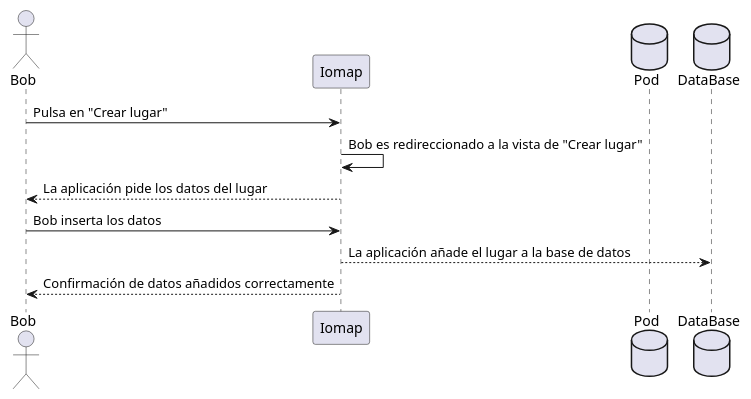
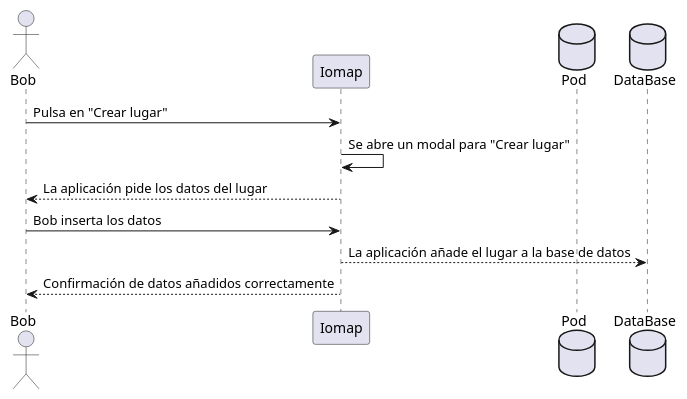
One commit to Arquisoft/lomap_es3b changed the fourth of 4 diagrams in docs/06_runtime_view.adoc. Above: the diagram before and after it, drawn with PlantUML. The commit also changed other lines of this file, not shown here.

```diff
--- a/docs/06_runtime_view.adoc
+++ b/docs/06_runtime_view.adoc
@@ -50,13 +51,13 @@
 [plantuml,"añadirLugar",png]
 ----
 actor Bob
 participant Iomap
 database Pod
 database DataBase as "DataBase"
 Bob -> Iomap: Pulsa en "Crear lugar"
-Iomap-> Iomap: Bob es redireccionado a la vista de "Crear lugar"
+Iomap-> Iomap: Se abre un modal para "Crear lugar"
 Bob <-- Iomap: La aplicación pide los datos del lugar
 Bob -> Iomap: Bob inserta los datos
 Iomap --> DataBase: La aplicación añade el lugar a la base de datos
 Bob <-- Iomap: Confirmación de datos añadidos correctamente
 ----
```
